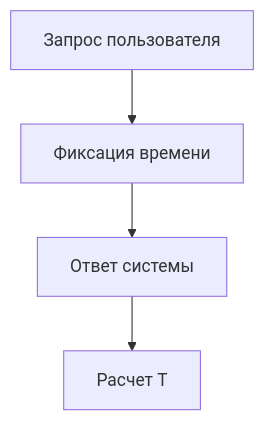
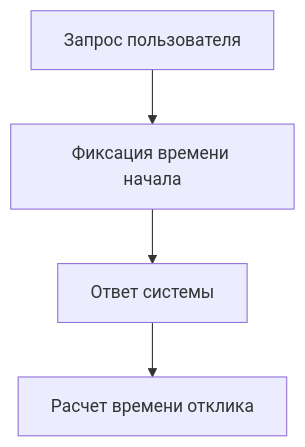
The seventh of 7 diagrams in README.md (kirill483/ep), drawn with Mermaid before and after one commit. The commit also changed other lines of this file, not shown here.

````diff
--- a/README.md
+++ b/README.md
@@ -247,9 +233,9 @@
 ```mermaid
 flowchart TD
     A[Запрос пользователя]
-    B[Фиксация времени]
+    B[Фиксация времени начала]
     C[Ответ системы]
-    D[Расчет T]
+    D[Расчет времени отклика]
 
     A --> B --> C --> D
 ```
````
